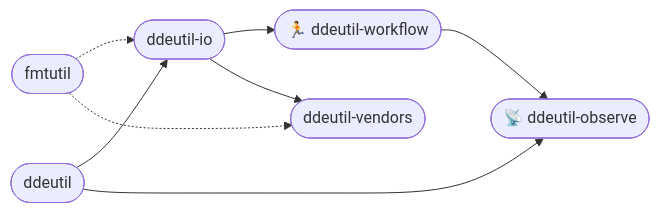
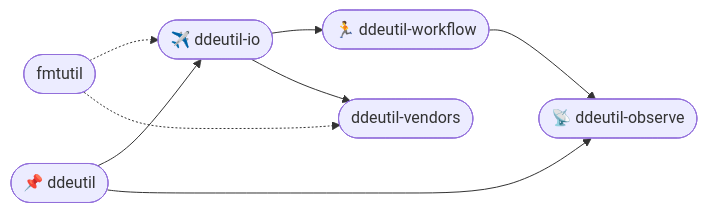
Before and after one commit to ddeutils/.github: the diagram in profile/README.md, drawn with Mermaid.

Commit message:
📄 update README.md

````diff
--- a/profile/README.md
+++ b/profile/README.md
@@ -5,8 +5,8 @@
 ```mermaid
 flowchart LR
-   1([ddeutil]) --> 2([ddeutil-io]) --> 3([🏃 ddeutil-workflow]) --> 4([📡 ddeutil-observe])
+   1([📌 ddeutil]) --> 2([✈️ ddeutil-io]) --> 3([🏃 ddeutil-workflow]) --> 4([📡 ddeutil-observe])
    1 --> 4
    2 --> 5([ddeutil-vendors])
    0([fmtutil]) -.-> 2
    0 -.-> 5
 ```
````
